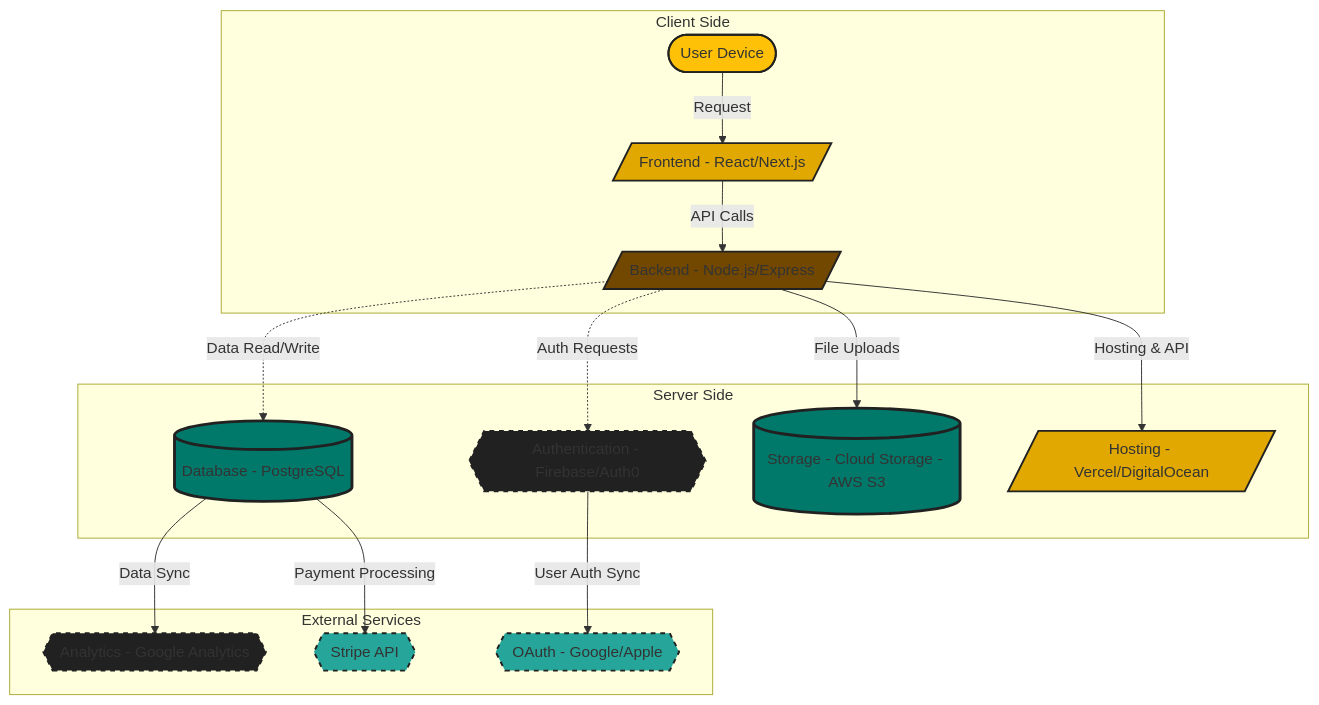
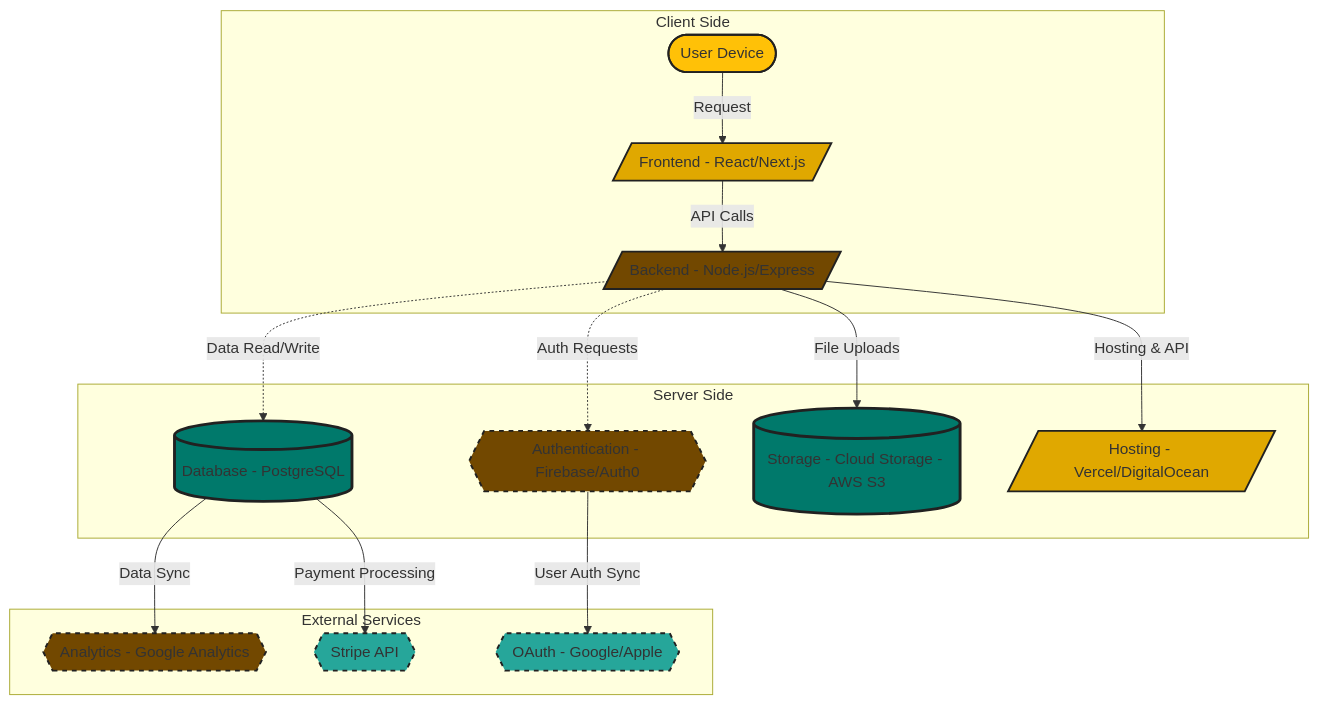
Before and after one commit to bennetthamilton/stingr: the diagram in docs/mlp/block-diagram.md, drawn with Mermaid.

````diff
--- a/docs/mlp/block-diagram.md
+++ b/docs/mlp/block-diagram.md
@@ -1,31 +1,31 @@
 ```mermaid
 graph TD;
     subgraph Client Side
         A1([User Device]) -->|Request| B[/Frontend - React/Next.js/]
         B -->|API Calls| C[/Backend - Node.js/Express/]
     end
 
     subgraph Server Side
         C -.->|Auth Requests| D{{Authentication - Firebase/Auth0}}
         C -.->|Data Read/Write| E[(Database - PostgreSQL)]
         C -->|File Uploads| F[(Storage - Cloud Storage - AWS S3)]
         C -->|Hosting & API| G[/Hosting - Vercel/DigitalOcean/]
     end
 
     subgraph External Services
         E -->|Data Sync| H{{Analytics - Google Analytics}}
         E -->|Payment Processing| I{{Stripe API}}
         D -->|User Auth Sync| J{{OAuth - Google/Apple}}
     end
 
     style A1 fill:#FFC107,stroke:#212121,stroke-width:2px;
     style B fill:#E0A800,stroke:#212121,stroke-width:2px;
     style C fill:#724800,stroke:#212121,stroke-width:2px;
-    style D fill:#212121,stroke:#212121,stroke-width:2px,stroke-dasharray:5 5;
+    style D fill:#724800,stroke:#212121,stroke-width:2px,stroke-dasharray:5 5;
     style E fill:#00796B,stroke:#212121,stroke-width:3px;
     style F fill:#00796B,stroke:#212121,stroke-width:3px;
     style G fill:#E0A800,stroke:#212121,stroke-width:2px;
-    style H fill:#212121,stroke:#212121,stroke-width:2px,stroke-dasharray:5 5;
+    style H fill:#724800,stroke:#212121,stroke-width:2px,stroke-dasharray:5 5;
     style I fill:#26A69A,stroke:#212121,stroke-width:2px,stroke-dasharray:5 5;
     style J fill:#26A69A,stroke:#212121,stroke-width:2px,stroke-dasharray:5 5;
 ```
````
